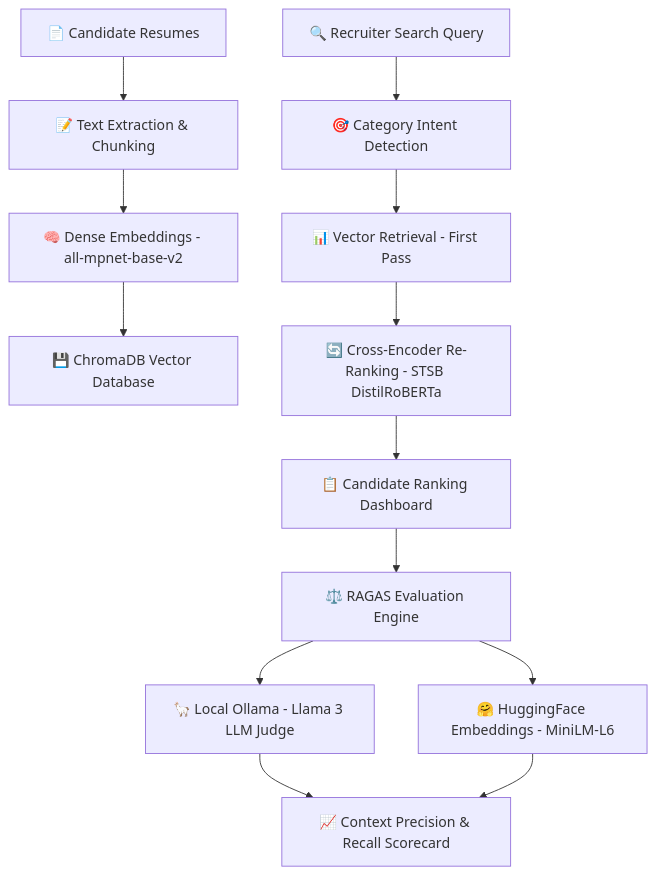
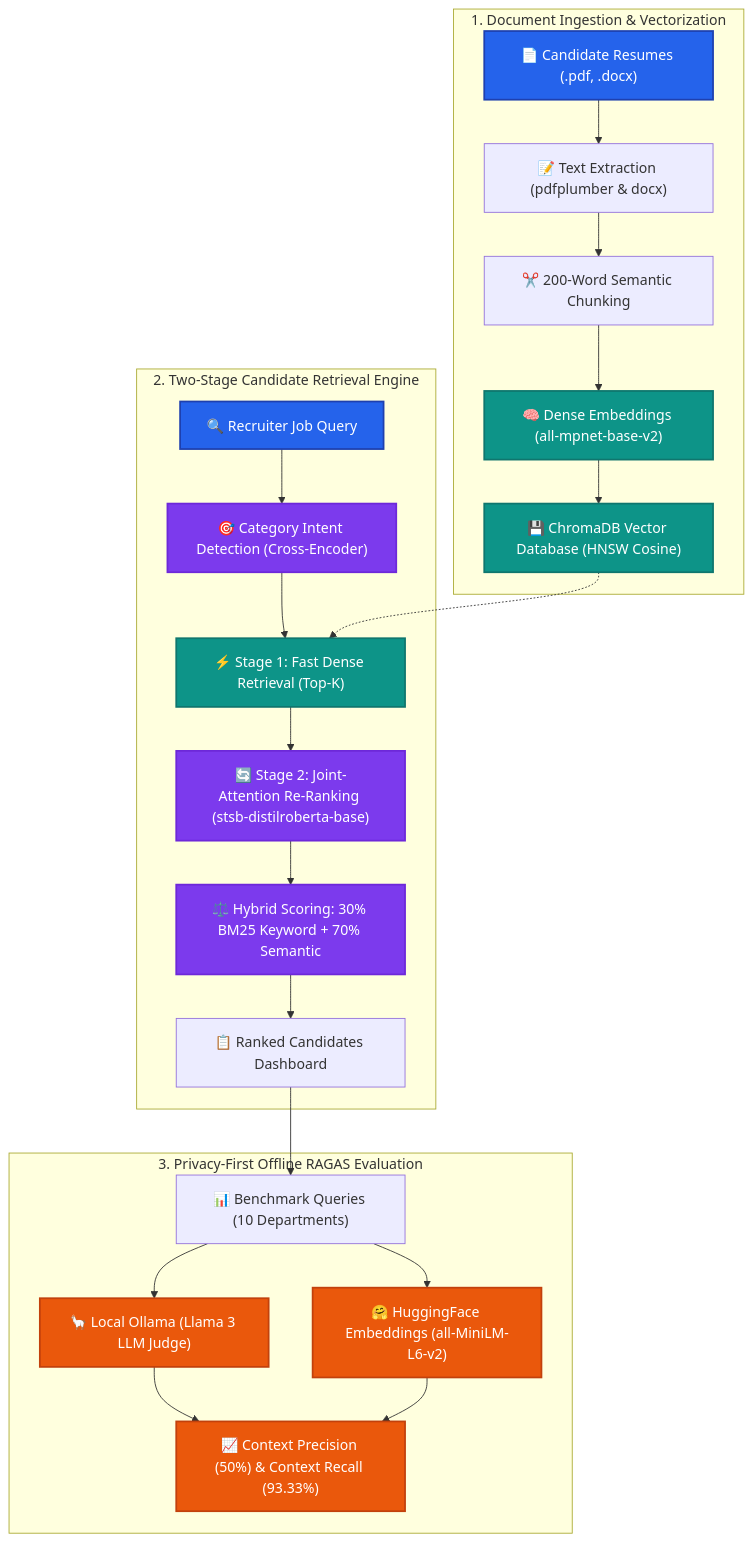
Before and after one commit to Shaaan2005/AI-Resume-Screening-and-RAG-Evaluation-System: the diagram in README.md, drawn with Mermaid. The commit also changed other lines of this file, not shown here.

Commit message:
docs: upgrade README with visual badges, architecture flowchart, and demo walkthrough section

````diff
--- a/README.md
+++ b/README.md
@@ -21,17 +35,32 @@
 ```mermaid
 flowchart TD
-    A[📄 Candidate Resumes] --> B[📝 Text Extraction & Chunking]
-    B --> C[🧠 Dense Embeddings - all-mpnet-base-v2]
-    C --> D[💾 ChromaDB Vector Database]
+    classDef input fill:#2563EB,stroke:#1E40AF,stroke-width:2px,color:#fff;
+    classDef stage1 fill:#0D9488,stroke:#0F766E,stroke-width:2px,color:#fff;
+    classDef stage2 fill:#7C3AED,stroke:#6D28D9,stroke-width:2px,color:#fff;
+    classDef eval fill:#EA580C,stroke:#C2410C,stroke-width:2px,color:#fff;
+    classDef security fill:#475569,stroke:#334155,stroke-width:2px,color:#fff;
 
-    E[🔍 Recruiter Search Query] --> F[🎯 Category Intent Detection]
-    F --> G[📊 Vector Retrieval - First Pass]
-    G --> H[🔄 Cross-Encoder Re-Ranking - STSB DistilRoBERTa]
-    H --> I[📋 Candidate Ranking Dashboard]
+    subgraph INGESTION ["1. Document Ingestion & Vectorization"]
+        A["📄 Candidate Resumes (.pdf, .docx)"]:::input --> B["📝 Text Extraction (pdfplumber & docx)"]
+        B --> C["✂️ 200-Word Semantic Chunking"]
+        C --> D["🧠 Dense Embeddings (all-mpnet-base-v2)"]:::stage1
+        D --> E["💾 ChromaDB Vector Database (HNSW Cosine)"]:::stage1
+    end
 
-    I --> J[⚖️ RAGAS Evaluation Engine]
-    J --> K[🦙 Local Ollama - Llama 3 LLM Judge]
-    J --> L[🤗 HuggingFace Embeddings - MiniLM-L6]
-    K --> M[📈 Context Precision & Recall Scorecard]
-    L --> M
+    subgraph RETRIEVAL ["2. Two-Stage Candidate Retrieval Engine"]
+        F["🔍 Recruiter Job Query"]:::input --> G["🎯 Category Intent Detection (Cross-Encoder)"]:::stage2
+        G --> H["⚡ Stage 1: Fast Dense Retrieval (Top-K)"]:::stage1
+        E -.-> H
+        H --> I["🔄 Stage 2: Joint-Attention Re-Ranking (stsb-distilroberta-base)"]:::stage2
+        I --> J["⚖️ Hybrid Scoring: 30% BM25 Keyword + 70% Semantic"]:::stage2
+        J --> K["📋 Ranked Candidates Dashboard"]
+    end
+
+    subgraph EVALUATION ["3. Privacy-First Offline RAGAS Evaluation"]
+        K --> L["📊 Benchmark Queries (10 Departments)"]
+        L --> M["🦙 Local Ollama (Llama 3 LLM Judge)"]:::eval
+        L --> N["🤗 HuggingFace Embeddings (all-MiniLM-L6-v2)"]:::eval
+        M --> O["📈 Context Precision (50%) & Context Recall (93.33%)"]:::eval
+        N --> O
+    end
 ```
````
